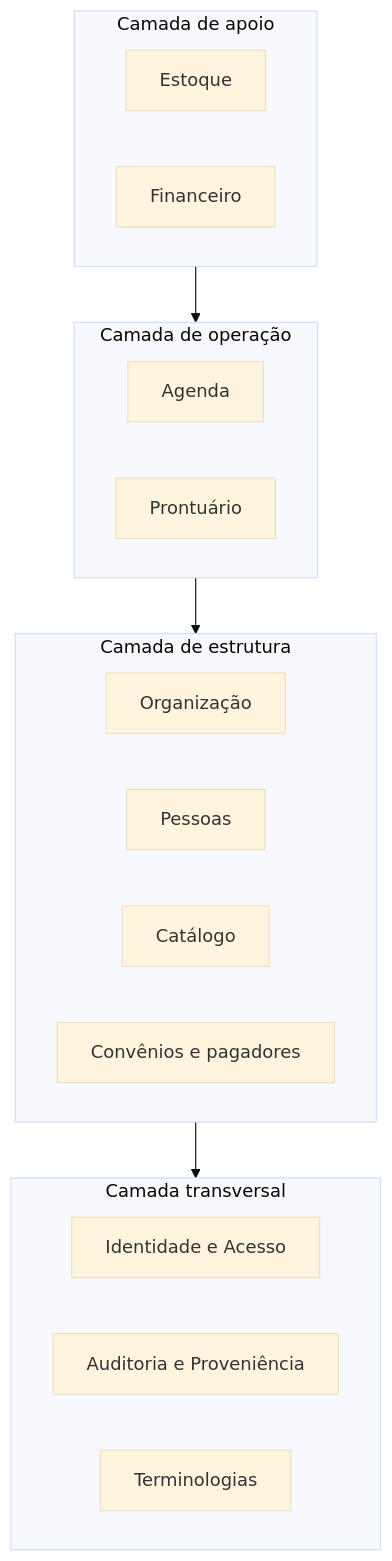
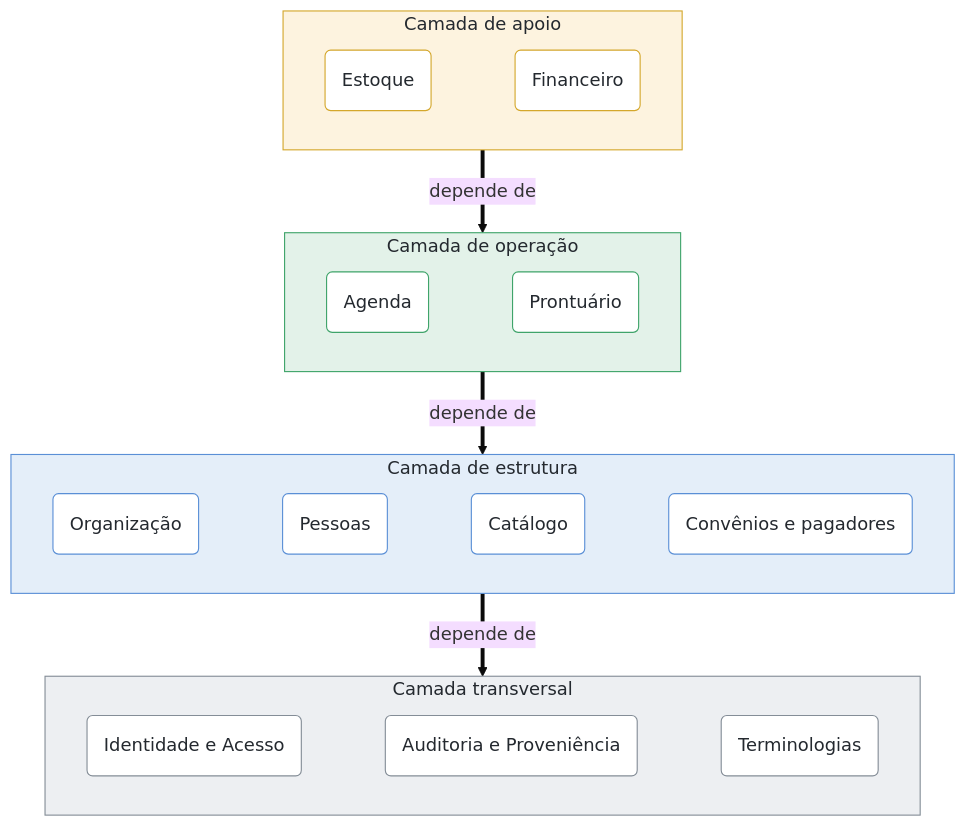
One commit to Iniciativa-OpenClinic/OpenClinic changed the first of 2 diagrams in docs/modulos.md. Above: the diagram before and after it, drawn with Mermaid (base theme).

Commit message:
Estiliza o diagrama de camadas da arquitetura
O diagrama empilhava caixas estreitas com as cores padrão da
ferramenta. Passa ao layout clássico de arquitetura em camadas:
faixas horizontais largas, uma cor suave por camada, módulos como
cartões brancos com a borda da sua camada e setas nomeadas
("depende de"). O diagrama continua sendo texto editável por
qualquer contribuição -- nenhuma imagem binária entra no
repositório -- e as cores foram escolhidas para funcionar nos
temas claro e escuro do GitHub.

````diff
--- a/docs/modulos.md
+++ b/docs/modulos.md
@@ -28,25 +28,41 @@
 ```mermaid
 flowchart TB
     subgraph apoio["Camada de apoio"]
-        Estoque
-        Financeiro
+        direction LR
+        Estoque(Estoque) ~~~ Financeiro(Financeiro)
     end
     subgraph operacao["Camada de operação"]
-        Agenda
-        Prontuario["Prontuário"]
+        direction LR
+        Agenda(Agenda) ~~~ Prontuario(Prontuário)
     end
     subgraph estrutura["Camada de estrutura"]
-        Organizacao["Organização"]
-        Pessoas
-        Catalogo["Catálogo"]
-        Convenios["Convênios e pagadores"]
+        direction LR
+        Organizacao(Organização) ~~~ Pessoas(Pessoas) ~~~ Catalogo(Catálogo) ~~~ Convenios(Convênios e pagadores)
     end
     subgraph transversal["Camada transversal"]
-        Identidade["Identidade e Acesso"]
-        Auditoria["Auditoria e Proveniência"]
-        Terminologias
+        direction LR
+        Identidade(Identidade e Acesso) ~~~ Auditoria(Auditoria e Proveniência) ~~~ Terminologias(Terminologias)
     end
-    apoio --> operacao
-    operacao --> estrutura
-    estrutura --> transversal
+
+    apoio ==>|depende de| operacao
+    operacao ==>|depende de| estrutura
+    estrutura ==>|depende de| transversal
+
+    classDef mApoio fill:#ffffff,stroke:#d4a72c,color:#24292f
+    classDef mOper fill:#ffffff,stroke:#3fa46a,color:#24292f
+    classDef mEstr fill:#ffffff,stroke:#5a8fd6,color:#24292f
+    classDef mTrans fill:#ffffff,stroke:#848d97,color:#24292f
+    classDef lApoio fill:#fdf3df,stroke:#d4a72c,color:#24292f
+    classDef lOper fill:#e3f2e9,stroke:#3fa46a,color:#24292f
+    classDef lEstr fill:#e4eef9,stroke:#5a8fd6,color:#24292f
+    classDef lTrans fill:#edeff2,stroke:#848d97,color:#24292f
+
+    class Estoque,Financeiro mApoio
+    class Agenda,Prontuario mOper
+    class Organizacao,Pessoas,Catalogo,Convenios mEstr
+    class Identidade,Auditoria,Terminologias mTrans
+    class apoio lApoio
+    class operacao lOper
+    class estrutura lEstr
+    class transversal lTrans
 ```
````
